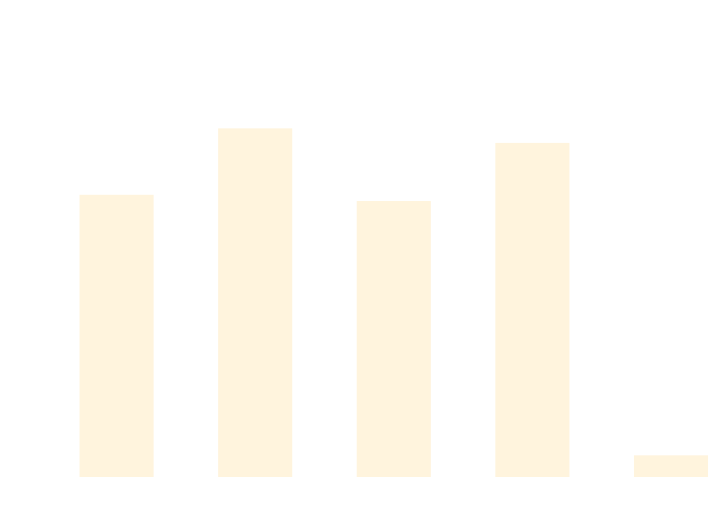
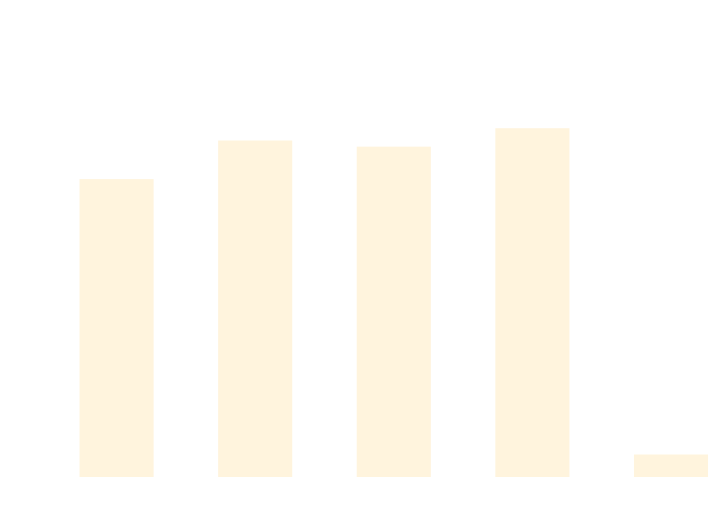
The diagram in docs/docs/benchmarks/DataDrivenTests.md (thomhurst/TUnit), drawn with Mermaid before and after one commit. The commit also changed other lines of this file and 17 other files, not shown here.

````diff
--- a/docs/docs/benchmarks/DataDrivenTests.md
+++ b/docs/docs/benchmarks/DataDrivenTests.md
@@ -27,37 +27,37 @@
 ```mermaid
 %%{init: {
   'theme':'base',
   'themeVariables': {
     'primaryColor': '#2563eb',
     'primaryTextColor': '#ffffff',
     'primaryBorderColor': '#1e40af',
     'lineColor': '#6b7280',
     'secondaryColor': '#7c3aed',
     'tertiaryColor': '#dc2626',
     'background': '#ffffff',
     'mainBkg': '#2563eb',
     'secondBkg': '#7c3aed',
     'tertiaryBkg': '#dc2626',
     'clusterBkg': '#f3f4f6',
     'edgeLabelBackground': '#ffffff',
     'tertiaryTextColor': '#1f2937',
     'pie1': '#2563eb',
     'pie2': '#7c3aed',
     'pie3': '#dc2626',
     'pie4': '#f59e0b',
     'pie5': '#10b981',
     'pie6': '#06b6d4',
     'pie7': '#ec4899',
     'pie8': '#6366f1',
     'pie9': '#84cc16',
     'pie10': '#f97316',
     'pie11': '#14b8a6',
     'pie12': '#a855f7'
   }
 }}%%
 xychart-beta
   title "DataDrivenTests Performance Comparison"
   x-axis ["TUnit", "NUnit", "MSTest", "xUnit3", "TUnit_AOT"]
-  y-axis "Time (ms)" 0 --> 750
-  bar [502.84, 624.67, 491.39, 598, 25.08]
+  y-axis "Time (ms)" 0 --> 710
+  bar [503.26, 570.23, 559.61, 591.56, 25.16]
 ```
````
